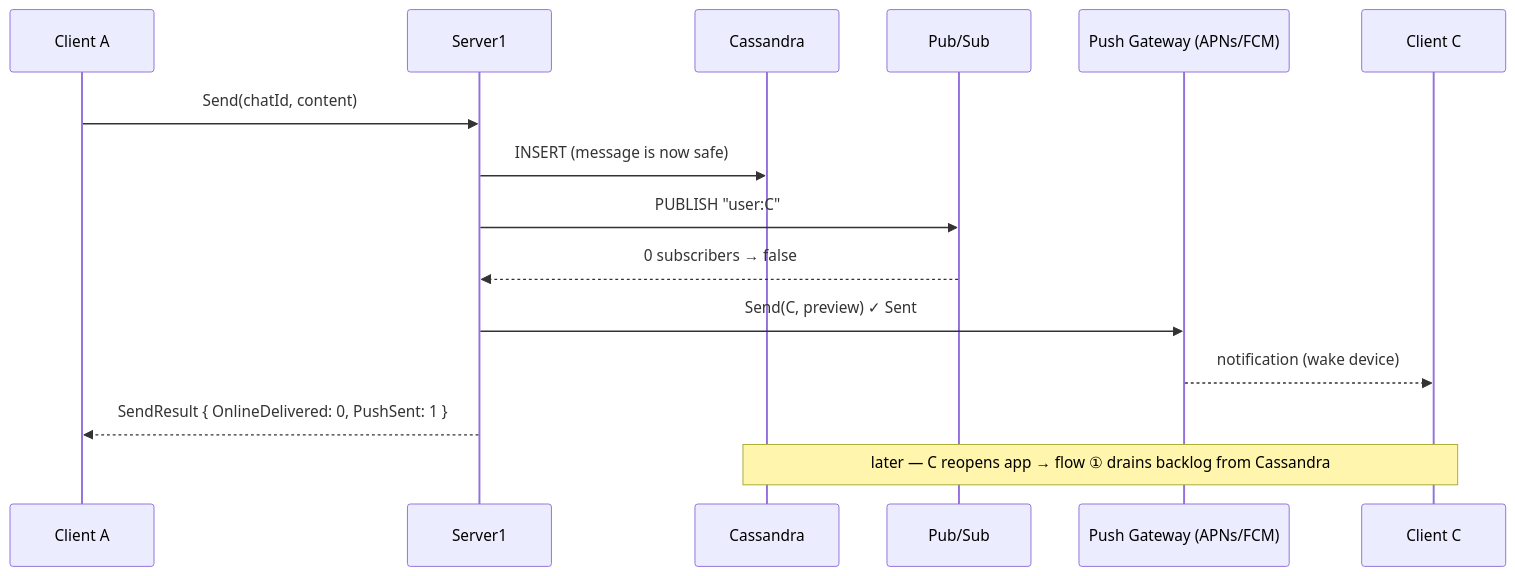
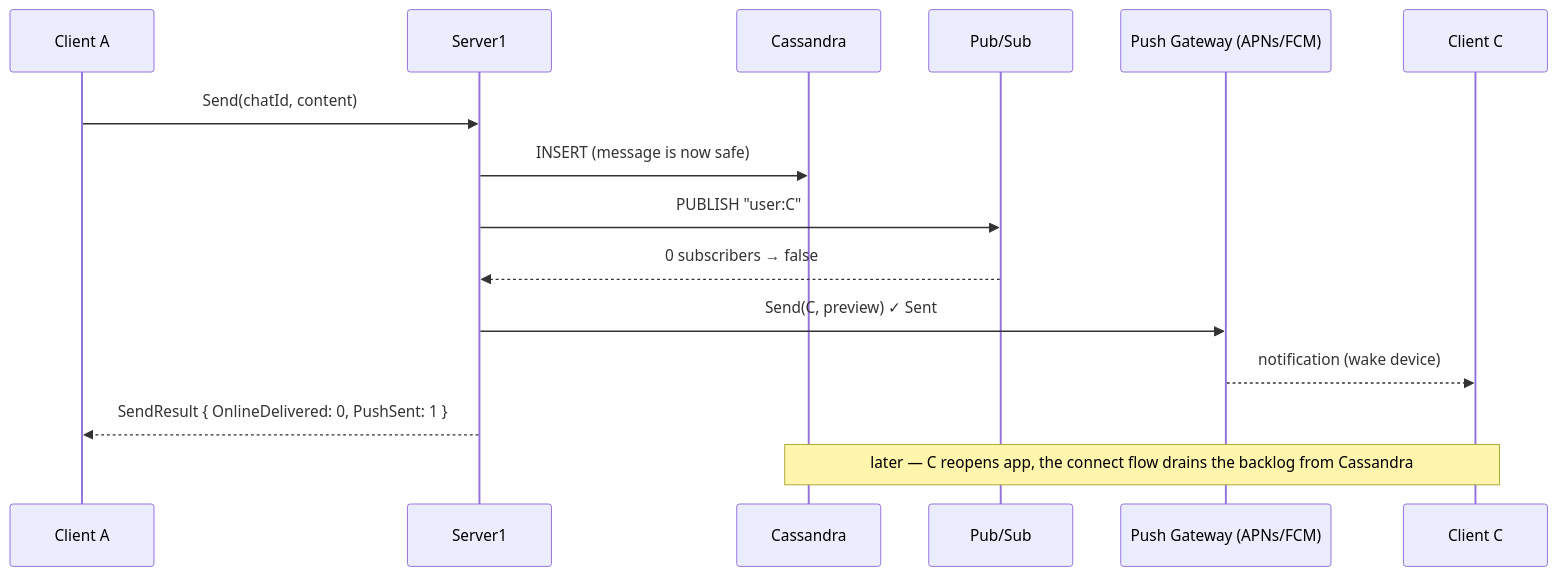
The fourth of 4 diagrams in 3_Advanced/3_Social_and_Realtime/3.6_Real_Time_Chat/HLD.md (Mrudul-Bhatt/SDE_Interview_SystemDesign), drawn with Mermaid before and after one commit. The commit also changed other lines of this file, not shown here.

````diff
--- a/3_Advanced/3_Social_and_Realtime/3.6_Real_Time_Chat/HLD.md
+++ b/3_Advanced/3_Social_and_Realtime/3.6_Real_Time_Chat/HLD.md
@@ -114,18 +114,18 @@
 ```mermaid
 sequenceDiagram
     participant A as Client A
     participant S1 as Server1
     participant CASS as Cassandra
     participant BUS as Pub/Sub
     participant PUSH as Push Gateway (APNs/FCM)
     participant C as Client C
 
     A->>S1: Send(chatId, content)
     S1->>CASS: INSERT (message is now safe)
     S1->>BUS: PUBLISH "user:C"
     BUS-->>S1: 0 subscribers → false
     S1->>PUSH: Send(C, preview)  ✓ Sent
     PUSH-->>C: notification (wake device)
     S1-->>A: SendResult { OnlineDelivered: 0, PushSent: 1 }
-    Note over C,CASS: later — C reopens app → flow ① drains backlog from Cassandra
+    Note over C,CASS: later — C reopens app, the connect flow drains the backlog from Cassandra
 ```
````
